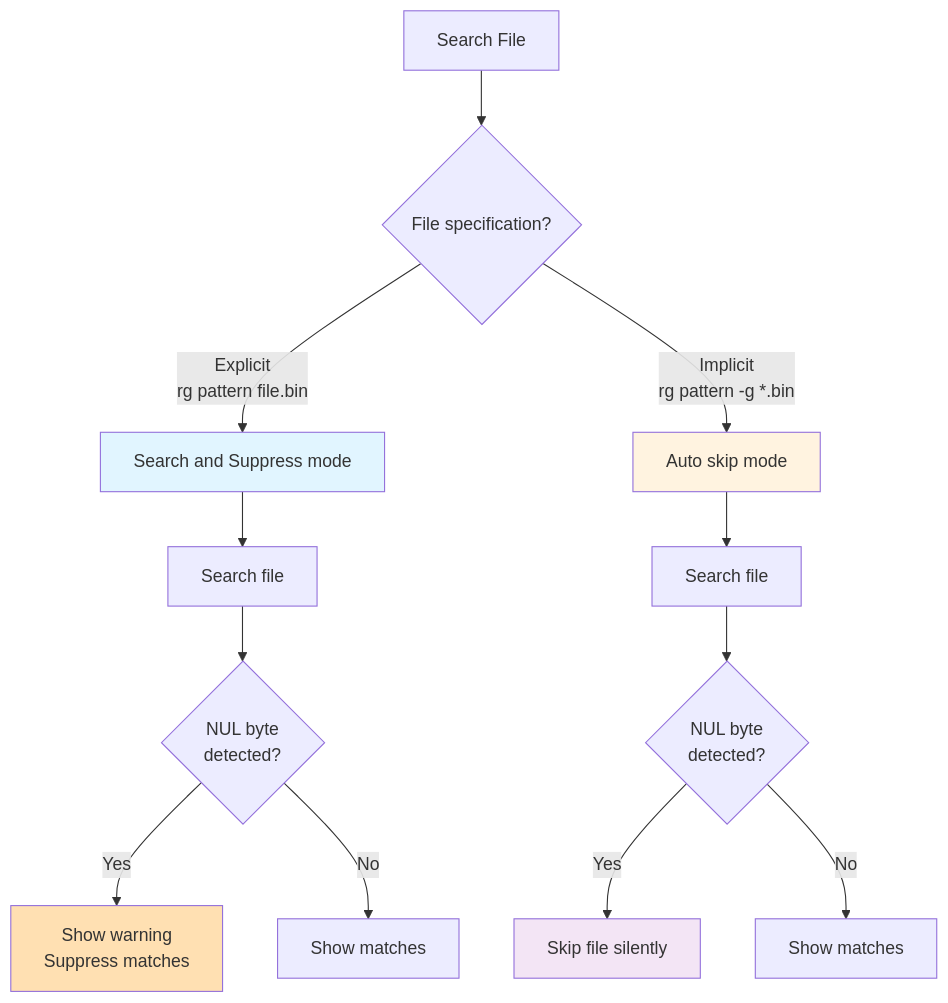
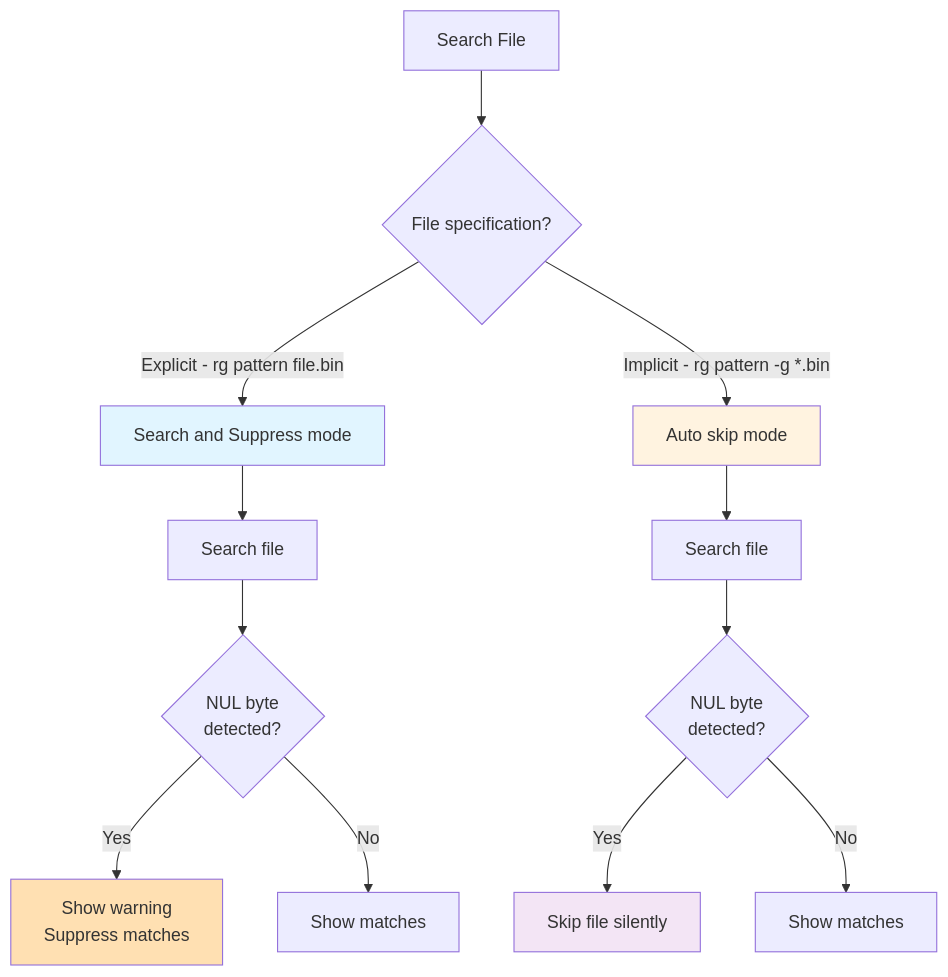
The second of 2 diagrams in docs/binary-data/modes.md (iepathos/ripgrep), drawn with Mermaid before and after one commit. The commit also changed 10 other files, not shown here.

First line of the commit message:
fix: replace all <br/> tags with proper multi-line syntax in Mermaid diagrams

````diff
--- a/docs/binary-data/modes.md
+++ b/docs/binary-data/modes.md
@@ -42,21 +42,24 @@
 ```mermaid
 flowchart TD
     Start[Search File] --> Check{File specification?}
-    Check -->|Explicit<br/>rg pattern file.bin| Explicit[Search and Suppress mode]
-    Check -->|Implicit<br/>rg pattern -g *.bin| Implicit[Auto skip mode]
+    Check -->|Explicit - rg pattern file.bin| Explicit[Search and Suppress mode]
+    Check -->|Implicit - rg pattern -g *.bin| Implicit[Auto skip mode]
 
     Explicit --> SearchE[Search file]
-    SearchE --> NulE{"NUL byte<br/>detected?"}
-    NulE -->|Yes| WarnE["Show warning<br/>Suppress matches"]
+    SearchE --> NulE{"NUL byte
+detected?"}
+    NulE -->|Yes| WarnE["Show warning
+Suppress matches"]
     NulE -->|No| MatchesE[Show matches]
 
     Implicit --> SearchI[Search file]
-    SearchI --> NulI{"NUL byte<br/>detected?"}
+    SearchI --> NulI{"NUL byte
+detected?"}
     NulI -->|Yes| SkipI[Skip file silently]
     NulI -->|No| MatchesI[Show matches]
 
     style Explicit fill:#e1f5ff
     style Implicit fill:#fff3e0
     style WarnE fill:#ffe0b2
     style SkipI fill:#f3e5f5
 ```
````
